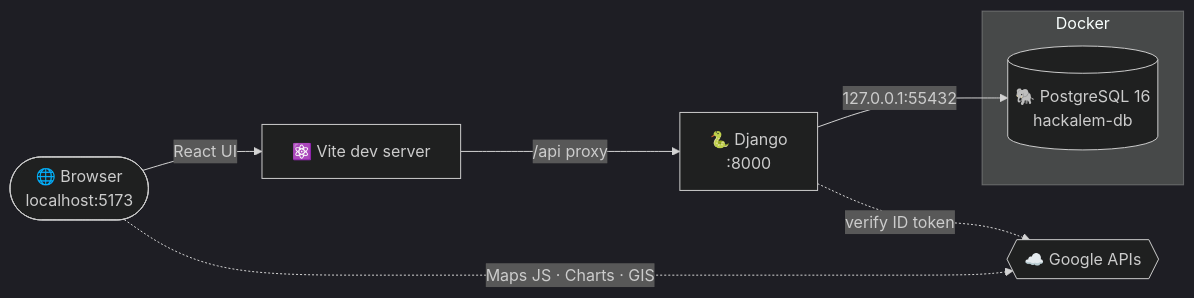
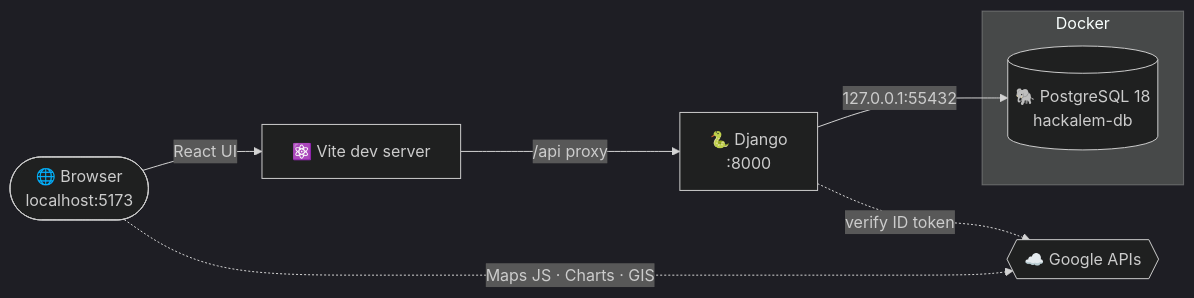
One commit to BAITC-Hacks/hack-b53220ee-qbers changed the diagram in README.md. Above: the diagram before and after it, drawn with Mermaid (dark theme). The commit also changed other lines of this file and 16 other files, not shown here.

````diff
--- a/README.md
+++ b/README.md
@@ -161,11 +188,11 @@
 ```mermaid
 flowchart LR
     B([🌐 Browser<br/>localhost:5173]) -->|React UI| V[⚛️ Vite dev server]
     V -->|/api proxy| D[🐍 Django<br/>:8000]
     D -->|127.0.0.1:55432| P
     subgraph Docker
-      P[(🐘 PostgreSQL 16<br/>hackalem-db)]
+      P[(🐘 PostgreSQL 18<br/>hackalem-db)]
     end
     B -.->|Maps JS · Charts · GIS| G{{☁️ Google APIs}}
     D -.->|verify ID token| G
 ```
````
